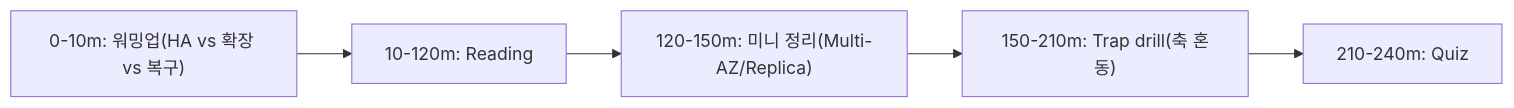
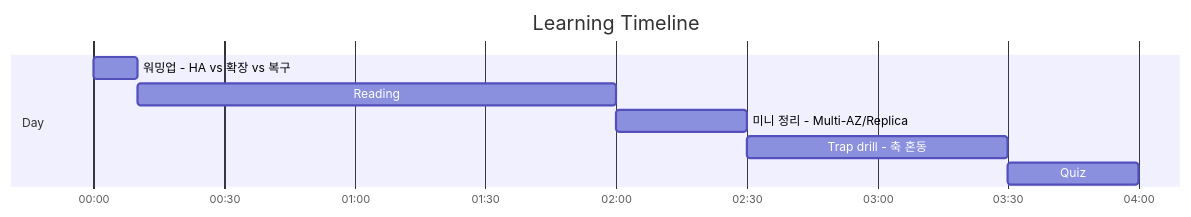
The first of 2 diagrams in aws-saa/week02/day04/README.md (niceguy61/aws-saa-lecture-2026), drawn with Mermaid before and after one commit. The commit also changed 21 other files, not shown here.

Commit message:
docs(aws-saa): use mermaid gantt for learning timelines

````diff
--- a/aws-saa/week02/day04/README.md
+++ b/aws-saa/week02/day04/README.md
@@ -26,7 +26,12 @@
 ```mermaid
-flowchart LR
-  A["0-10m: 워밍업(HA vs 확장 vs 복구)"] --> B["10-120m: Reading"]
-  B --> C["120-150m: 미니 정리(Multi-AZ/Replica)"]
-  C --> D["150-210m: Trap drill(축 혼동)"]
-  D --> E["210-240m: Quiz"]
+gantt
+  title Learning Timeline
+  dateFormat  HH:mm
+  axisFormat  %H:%M
+  section Day
+  워밍업 - HA vs 확장 vs 복구 :t1, 00:00, 10m
+  Reading :t2, after t1, 110m
+  미니 정리 - Multi-AZ/Replica :t3, after t2, 30m
+  Trap drill - 축 혼동 :t4, after t3, 60m
+  Quiz :t5, after t4, 30m
 ```
````
